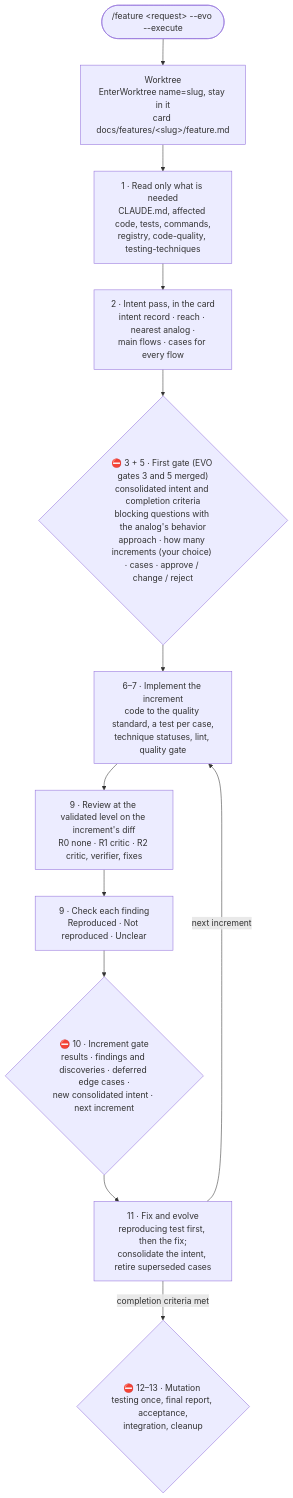
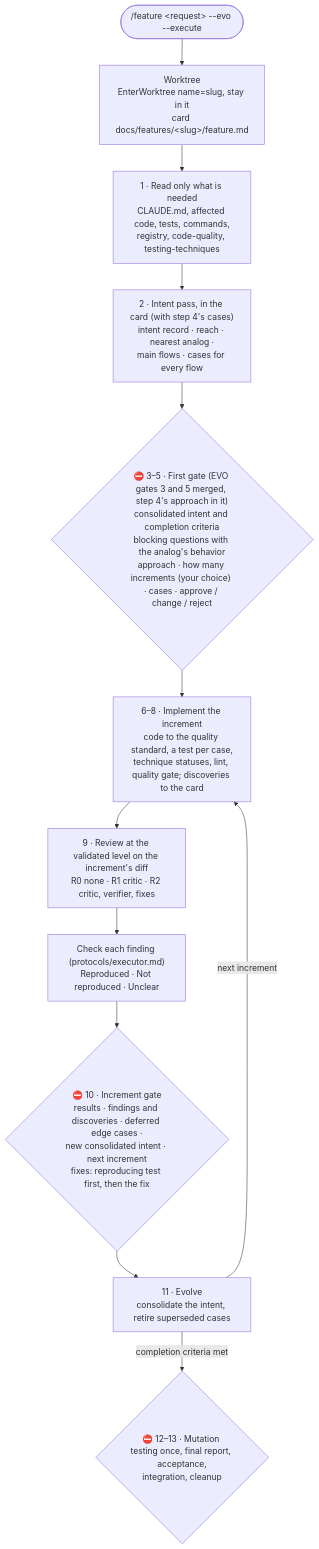
One commit to mariopedemonte12/claude-feature-workflow changed the diagram in docs/executor.md. Above: the diagram before and after it, drawn with Mermaid. The commit also changed other lines of this file and 10 other files, not shown here.

Commit message:
revision-general: increment 3 final fixes (critic round 3)

````diff
--- a/docs/executor.md
+++ b/docs/executor.md
@@ -24,14 +24,14 @@
 ```mermaid
 flowchart TB
     R(["/feature &lt;request&gt; --evo --execute"]) --> W["Worktree<br/>EnterWorktree name=slug, stay in it<br/>card docs/features/&lt;slug&gt;/feature.md"]
     W --> RD["1 · Read only what is needed<br/>CLAUDE.md, affected code, tests, commands,<br/>registry, code-quality, testing-techniques"]
-    RD --> SP["2 · Intent pass, in the card<br/>intent record · reach · nearest analog ·<br/>main flows · cases for every flow"]
-    SP --> G1{"⛔ 3 + 5 · First gate (EVO gates 3 and 5 merged)<br/>consolidated intent and completion criteria<br/>blocking questions with the analog's behavior<br/>approach · how many increments (your choice) · cases · approve / change / reject"}
-    G1 --> IM["6–7 · Implement the increment<br/>code to the quality standard, a test per case,<br/>technique statuses, lint, quality gate"]
+    RD --> SP["2 · Intent pass, in the card (with step 4's cases)<br/>intent record · reach · nearest analog ·<br/>main flows · cases for every flow"]
+    SP --> G1{"⛔ 3–5 · First gate (EVO gates 3 and 5 merged, step 4's approach in it)<br/>consolidated intent and completion criteria<br/>blocking questions with the analog's behavior<br/>approach · how many increments (your choice) · cases · approve / change / reject"}
+    G1 --> IM["6–8 · Implement the increment<br/>code to the quality standard, a test per case,<br/>technique statuses, lint, quality gate; discoveries to the card"]
     IM --> CR["9 · Review at the validated level on the increment's diff<br/>R0 none · R1 critic · R2 critic, verifier, fixes"]
-    CR --> CK["9 · Check each finding<br/>Reproduced · Not reproduced · Unclear"]
-    CK --> G2{"⛔ 10 · Increment gate<br/>results · findings and discoveries · deferred edge cases ·<br/>new consolidated intent · next increment"}
-    G2 --> FX["11 · Fix and evolve<br/>reproducing test first, then the fix;<br/>consolidate the intent, retire superseded cases"]
+    CR --> CK["Check each finding (protocols/executor.md)<br/>Reproduced · Not reproduced · Unclear"]
+    CK --> G2{"⛔ 10 · Increment gate<br/>results · findings and discoveries · deferred edge cases ·<br/>new consolidated intent · next increment<br/>fixes: reproducing test first, then the fix"}
+    G2 --> FX["11 · Evolve<br/>consolidate the intent, retire superseded cases"]
     FX -->|"next increment"| IM
     FX -->|"completion criteria met"| G3{"⛔ 12–13 · Mutation testing once, final report, acceptance,<br/>integration, cleanup"}
 ```
````
